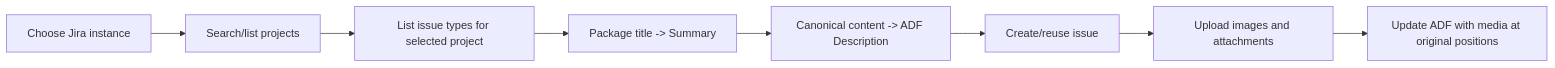
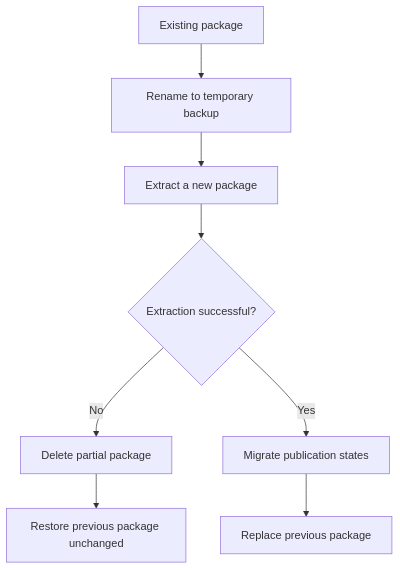
Before and after one commit to orenault/docspecbridge: the second of 2 diagrams in README.md, drawn with Mermaid. The commit also changed other lines of this file and 18 other files, not shown here.

````diff
--- a/README.md
+++ b/README.md
@@ -250,11 +183,10 @@
 ```mermaid
-flowchart LR
-    I[Choose Jira instance]
-    I --> P[Search/list projects]
-    P --> T[List issue types for selected project]
-    T --> S[Package title -> Summary]
-    S --> D[Canonical content -> ADF Description]
-    D --> C[Create/reuse issue]
-    C --> A[Upload images and attachments]
-    A --> U[Update ADF with media at original positions]
+flowchart TD
+    A[Existing package] --> B[Rename to temporary backup]
+    B --> C[Extract a new package]
+    C --> D{Extraction successful?}
+    D -- No --> E[Delete partial package]
+    E --> F[Restore previous package unchanged]
+    D -- Yes --> G[Migrate publication states]
+    G --> H[Replace previous package]
 ```
````
